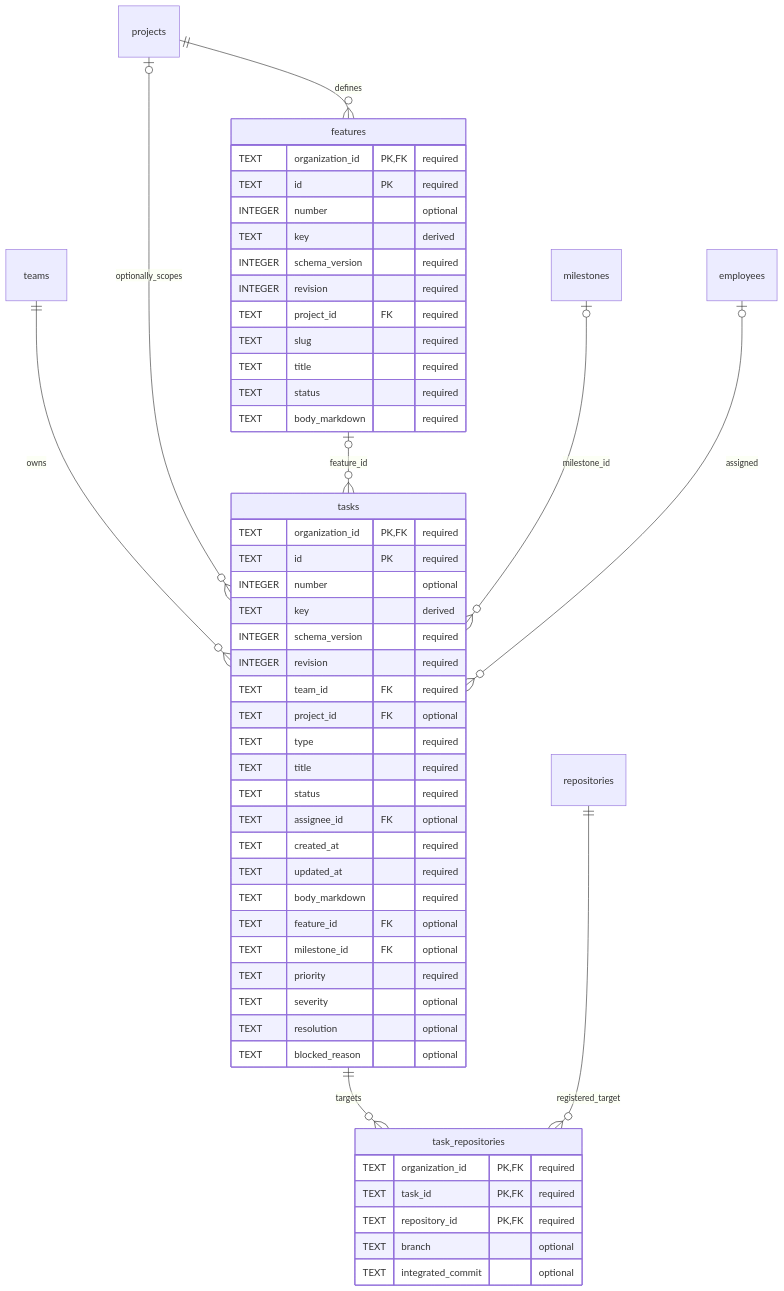
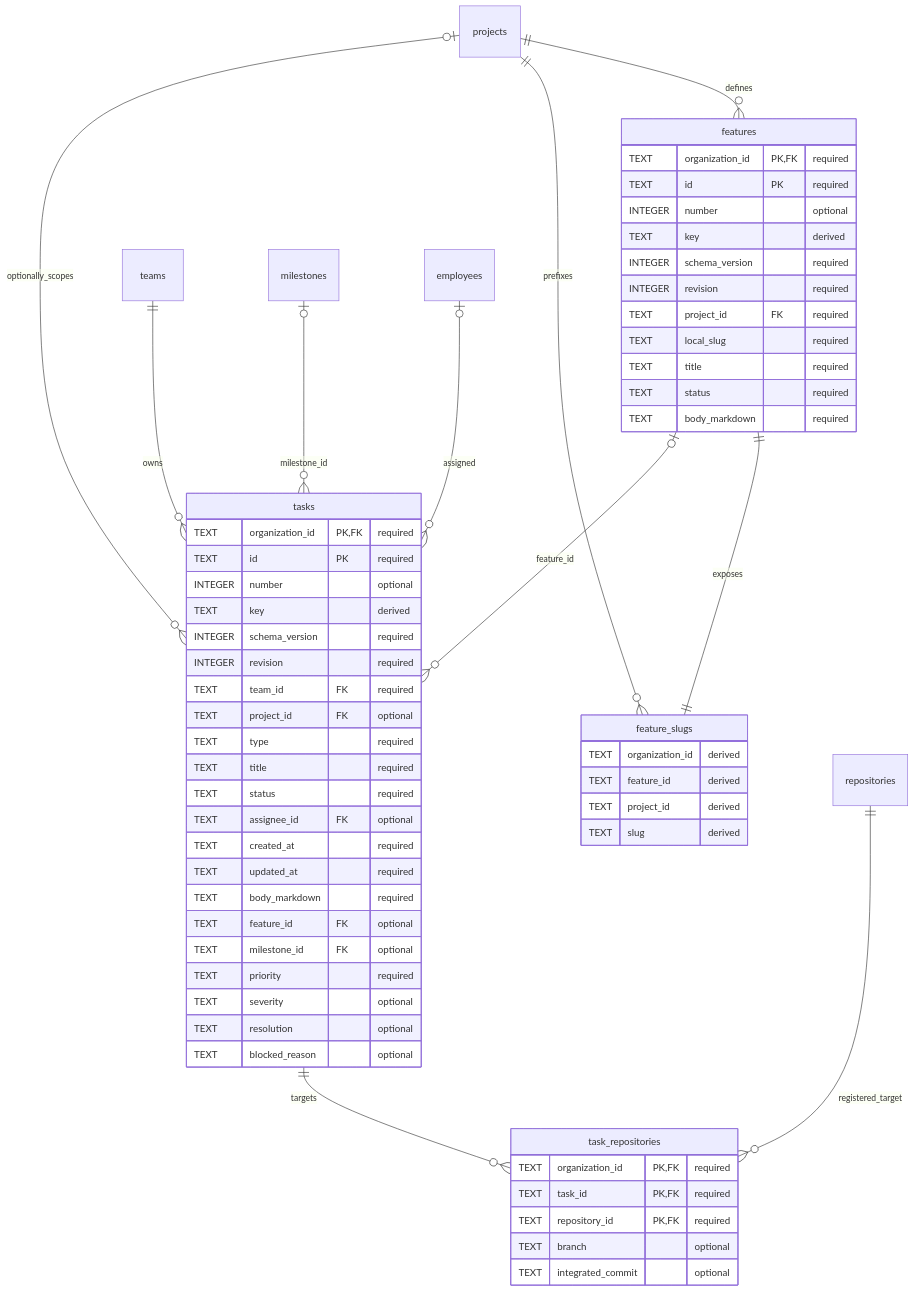
The first of 2 diagrams in docs/design/organization-data/03-features-and-work.md (vgmello/agentic-org), drawn with Mermaid before and after one commit. The commit also changed other lines of this file and 7 other files, not shown here.

Commit message:
docs: define project slugs and HQ creation boundaries

````diff
--- a/docs/design/organization-data/03-features-and-work.md
+++ b/docs/design/organization-data/03-features-and-work.md
@@ -9,54 +9,62 @@
 ```mermaid
 erDiagram
     projects ||--o{ features : defines
+    projects ||--o{ feature_slugs : prefixes
+    features ||--|| feature_slugs : exposes
     teams ||--o{ tasks : owns
     projects o|--o{ tasks : optionally_scopes
     features o|--o{ tasks : feature_id
     milestones o|--o{ tasks : milestone_id
     employees o|--o{ tasks : assigned
     tasks ||--o{ task_repositories : targets
     repositories ||--o{ task_repositories : registered_target
     features {
         TEXT organization_id PK, FK "required"
         TEXT id PK "required"
         INTEGER number "optional"
         TEXT key "derived"
         INTEGER schema_version "required"
         INTEGER revision "required"
         TEXT project_id FK "required"
-        TEXT slug "required"
+        TEXT local_slug "required"
         TEXT title "required"
         TEXT status "required"
         TEXT body_markdown "required"
+    }
+    feature_slugs {
+        TEXT organization_id "derived"
+        TEXT feature_id "derived"
+        TEXT project_id "derived"
+        TEXT slug "derived"
     }
     tasks {
         TEXT organization_id PK, FK "required"
         TEXT id PK "required"
         INTEGER number "optional"
         TEXT key "derived"
         INTEGER schema_version "required"
         INTEGER revision "required"
         TEXT team_id FK "required"
         TEXT project_id FK "optional"
         TEXT type "required"
         TEXT title "required"
         TEXT status "required"
         TEXT assignee_id FK "optional"
         TEXT created_at "required"
         TEXT updated_at "required"
         TEXT body_markdown "required"
         TEXT feature_id FK "optional"
         TEXT milestone_id FK "optional"
         TEXT priority "required"
         TEXT severity "optional"
         TEXT resolution "optional"
         TEXT blocked_reason "optional"
     }
     task_repositories {
         TEXT organization_id PK, FK "required"
         TEXT task_id PK, FK "required"
         TEXT repository_id PK, FK "required"
         TEXT branch "optional"
         TEXT integrated_commit "optional"
     }
 ```
````
